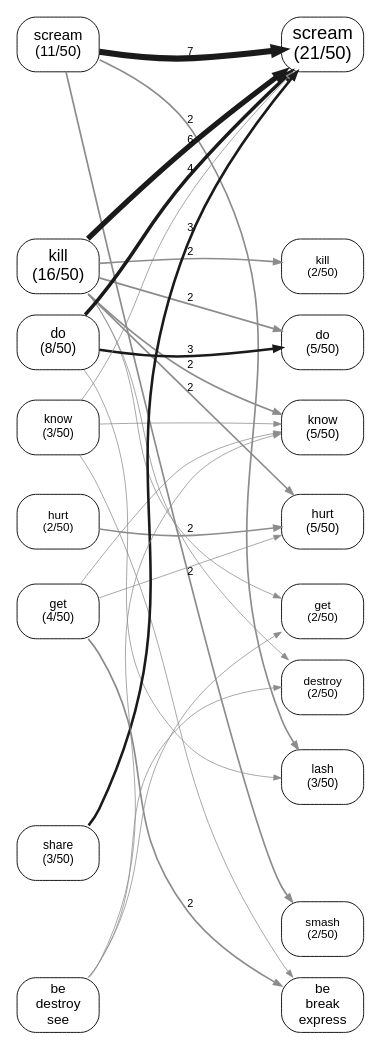
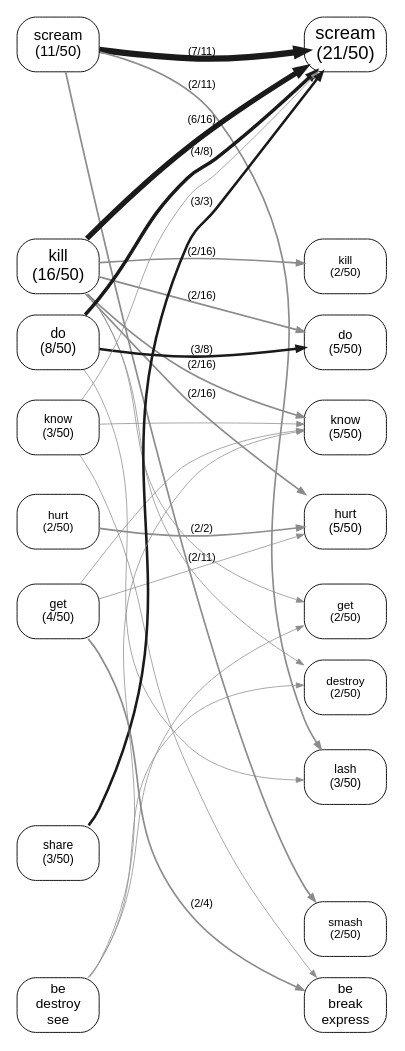
One commit to quadrismegistus/malignment changed the diagram in experiments/displacement/substitution_shape/figures/lineage_graph_my_rage_is_growing_and_flow_ranked.dot. Above: the diagram before and after it, drawn with Graphviz. The commit also changed 22 other files, not shown here.

```diff
--- a/experiments/displacement/substitution_shape/figures/lineage_graph_my_rage_is_growing_and_flow_ranked.dot
+++ b/experiments/displacement/substitution_shape/figures/lineage_graph_my_rage_is_growing_and_flow_ranked.dot
@@ -1,88 +1,88 @@
 digraph linrank {
   rankdir=LR; splines=true; overlap=false;
   size="4.8,12.48";
   bgcolor="white"; nodesep=0.10; ranksep=1.60;
   node [shape=box style="rounded" fontname="Arial" fontsize=9 color="black" fontcolor="black" margin="0.06,0.035" penwidth=0.6];
   edge [fontname="Arial" fontsize=7.2 color="#4d4d4d" penwidth=0.75 arrowsize=0.5];
   { rank=same;
   "B_scream" [label="scream\n(11/50)" fontsize=9.8];
   "B_kill" [label="kill\n(16/50)" fontsize=10.9];
   "B_do" [label="do\n(8/50)" fontsize=9.1];
   "B_know" [label="know\n(3/50)" fontsize=7.9];
   "B_hurt" [label="hurt\n(2/50)" fontsize=7.7];
   "B_get" [label="get\n(4/50)" fontsize=8.1];
   "B_destroy" [style=invis label=""];
   "B_lash" [style=invis label=""];
   "B_share" [label="share\n(3/50)" fontsize=7.9];
   "B_smash" [style=invis label=""];
   "B_ZZ_ONES" [label="be\ndestroy\nsee"];
   }
   { rank=same;
   "A_scream" [label="scream\n(21/50)" fontsize=12.1];
   "A_kill" [label="kill\n(2/50)" fontsize=7.7];
   "A_do" [label="do\n(5/50)" fontsize=8.4];
   "A_know" [label="know\n(5/50)" fontsize=8.4];
   "A_hurt" [label="hurt\n(5/50)" fontsize=8.4];
   "A_get" [label="get\n(2/50)" fontsize=7.7];
   "A_destroy" [label="destroy\n(2/50)" fontsize=7.7];
   "A_lash" [label="lash\n(3/50)" fontsize=7.9];
   "A_share" [style=invis label=""];
   "A_smash" [label="smash\n(2/50)" fontsize=7.7];
   "A_ZZ_ONES" [label="be\nbreak\nexpress"];
   }
   "B_scream" -> "B_kill" [style=invis];
   "B_kill" -> "B_do" [style=invis];
   "B_do" -> "B_know" [style=invis];
   "B_know" -> "B_hurt" [style=invis];
   "B_hurt" -> "B_get" [style=invis];
   "B_get" -> "B_destroy" [style=invis];
   "B_destroy" -> "B_lash" [style=invis];
   "B_lash" -> "B_share" [style=invis];
   "B_share" -> "B_smash" [style=invis];
   "B_smash" -> "B_ZZ_ONES" [style=invis];
   "A_scream" -> "A_kill" [style=invis];
   "A_kill" -> "A_do" [style=invis];
   "A_do" -> "A_know" [style=invis];
   "A_know" -> "A_hurt" [style=invis];
   "A_hurt" -> "A_get" [style=invis];
   "A_get" -> "A_destroy" [style=invis];
   "A_destroy" -> "A_lash" [style=invis];
   "A_lash" -> "A_share" [style=invis];
   "A_share" -> "A_smash" [style=invis];
   "A_smash" -> "A_ZZ_ONES" [style=invis];
   "B_scream" -> "A_scream" [style=invis weight=100];
   "B_kill" -> "A_kill" [style=invis weight=100];
   "B_do" -> "A_do" [style=invis weight=100];
   "B_know" -> "A_know" [style=invis weight=100];
   "B_hurt" -> "A_hurt" [style=invis weight=100];
   "B_get" -> "A_get" [style=invis weight=100];
   "B_destroy" -> "A_destroy" [style=invis weight=100];
   "B_lash" -> "A_lash" [style=invis weight=100];
   "B_share" -> "A_share" [style=invis weight=100];
   "B_smash" -> "A_smash" [style=invis weight=100];
   "B_ZZ_ONES" -> "A_ZZ_ONES" [style=invis weight=100];
-  "B_scream" -> "A_scream" [penwidth=4.10 color="#1a1a1a" label="7"];
-  "B_kill" -> "A_scream" [penwidth=3.50 color="#1a1a1a" label="6"];
-  "B_do" -> "A_scream" [penwidth=2.30 color="#1a1a1a" label="4"];
-  "B_do" -> "A_do" [penwidth=1.70 color="#1a1a1a" label="3"];
-  "B_share" -> "A_scream" [penwidth=1.70 color="#1a1a1a" label="3"];
-  "B_kill" -> "A_kill" [penwidth=1.10 color="#8c8c8c" label="2"];
-  "B_kill" -> "A_know" [penwidth=1.10 color="#8c8c8c" label="2"];
-  "B_kill" -> "A_hurt" [penwidth=1.10 color="#8c8c8c" label="2"];
-  "B_get" -> "A_ZZ_ONES" [penwidth=1.10 color="#8c8c8c" label="2"];
-  "B_scream" -> "A_smash" [penwidth=1.10 color="#8c8c8c" label="2"];
-  "B_kill" -> "A_do" [penwidth=1.10 color="#8c8c8c" label="2"];
-  "B_hurt" -> "A_hurt" [penwidth=1.10 color="#8c8c8c" label="2"];
-  "B_scream" -> "A_lash" [penwidth=1.10 color="#8c8c8c" label="2"];
+  "B_scream" -> "A_scream" [penwidth=4.10 color="#1a1a1a" label="(7/11)"];
+  "B_kill" -> "A_scream" [penwidth=3.50 color="#1a1a1a" label="(6/16)"];
+  "B_do" -> "A_scream" [penwidth=2.30 color="#1a1a1a" label="(4/8)"];
+  "B_do" -> "A_do" [penwidth=1.70 color="#1a1a1a" label="(3/8)"];
+  "B_share" -> "A_scream" [penwidth=1.70 color="#1a1a1a" label="(3/3)"];
+  "B_kill" -> "A_kill" [penwidth=1.10 color="#8c8c8c" label="(2/16)"];
+  "B_kill" -> "A_know" [penwidth=1.10 color="#8c8c8c" label="(2/16)"];
+  "B_kill" -> "A_hurt" [penwidth=1.10 color="#8c8c8c" label="(2/16)"];
+  "B_get" -> "A_ZZ_ONES" [penwidth=1.10 color="#8c8c8c" label="(2/4)"];
+  "B_scream" -> "A_smash" [penwidth=1.10 color="#8c8c8c" label="(2/11)"];
+  "B_kill" -> "A_do" [penwidth=1.10 color="#8c8c8c" label="(2/16)"];
+  "B_hurt" -> "A_hurt" [penwidth=1.10 color="#8c8c8c" label="(2/2)"];
+  "B_scream" -> "A_lash" [penwidth=1.10 color="#8c8c8c" label="(2/11)"];
   "B_kill" -> "A_destroy" [penwidth=0.50 color="#8c8c8c"];
   "B_get" -> "A_know" [penwidth=0.50 color="#8c8c8c"];
   "B_know" -> "A_scream" [penwidth=0.50 color="#8c8c8c"];
   "B_kill" -> "A_get" [penwidth=0.50 color="#8c8c8c"];
   "B_ZZ_ONES" -> "A_destroy" [penwidth=0.50 color="#8c8c8c"];
   "B_do" -> "A_lash" [penwidth=0.50 color="#8c8c8c"];
   "B_ZZ_ONES" -> "A_get" [penwidth=0.50 color="#8c8c8c"];
   "B_ZZ_ONES" -> "A_know" [penwidth=0.50 color="#8c8c8c"];
   "B_know" -> "A_ZZ_ONES" [penwidth=0.50 color="#8c8c8c"];
   "B_get" -> "A_hurt" [penwidth=0.50 color="#8c8c8c"];
   "B_know" -> "A_know" [penwidth=0.50 color="#8c8c8c"];
 }
```
